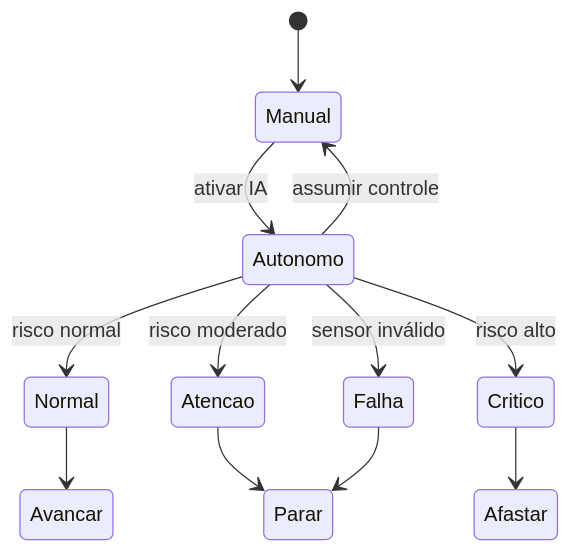
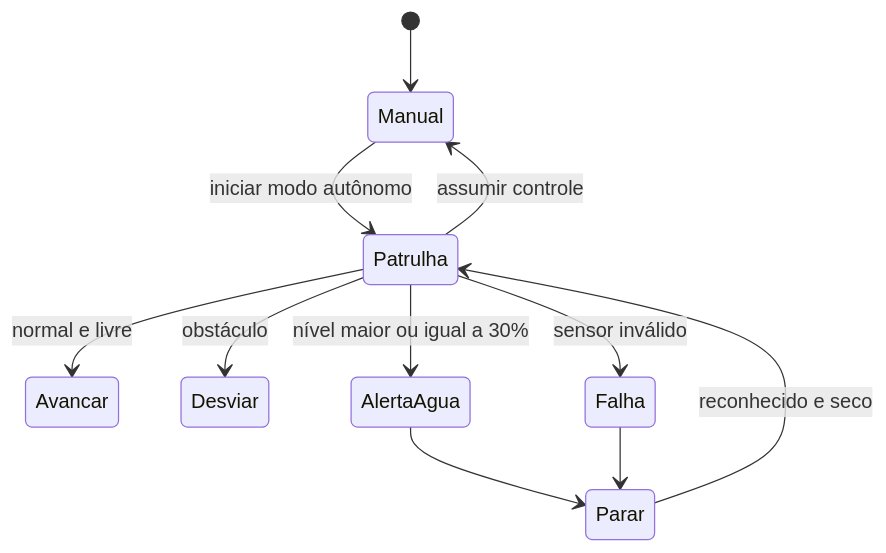
The diagram in docs/ARQUITETURA_DE_SOFTWARE.md (GabrielMachadoCP/ProjetoCarrinho), drawn with Mermaid before and after one commit. The commit also changed other lines of this file and 13 other files, not shown here.

Commit message:
feat: adicionar Central Web com alerta de agua

````diff
--- a/docs/ARQUITETURA_DE_SOFTWARE.md
+++ b/docs/ARQUITETURA_DE_SOFTWARE.md
@@ -18,14 +18,13 @@
 ```mermaid
 stateDiagram-v2
     [*] --> Manual
-    Manual --> Autonomo: ativar IA
-    Autonomo --> Normal: risco normal
-    Autonomo --> Atencao: risco moderado
-    Autonomo --> Critico: risco alto
-    Autonomo --> Falha: sensor inválido
-    Normal --> Avancar
-    Atencao --> Parar
-    Critico --> Afastar
+    Manual --> Patrulha: iniciar modo autônomo
+    Patrulha --> Avancar: normal e livre
+    Patrulha --> Desviar: obstáculo
+    Patrulha --> AlertaAgua: nível maior ou igual a 30%
+    AlertaAgua --> Parar
+    Parar --> Patrulha: reconhecido e seco
+    Patrulha --> Falha: sensor inválido
     Falha --> Parar
-    Autonomo --> Manual: assumir controle
+    Patrulha --> Manual: assumir controle
 ```
````
